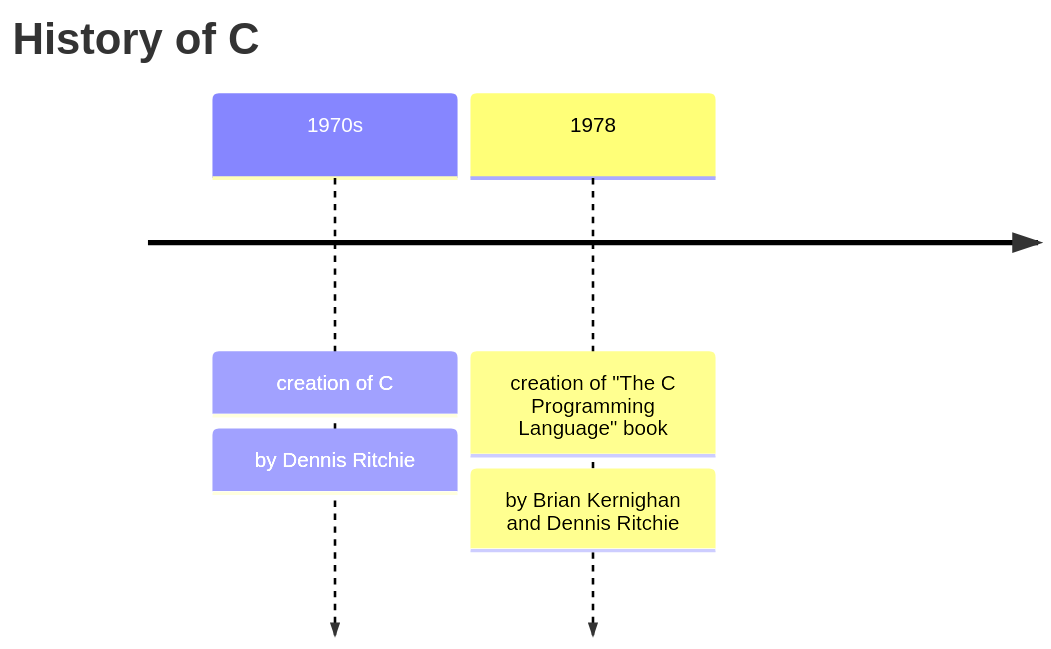
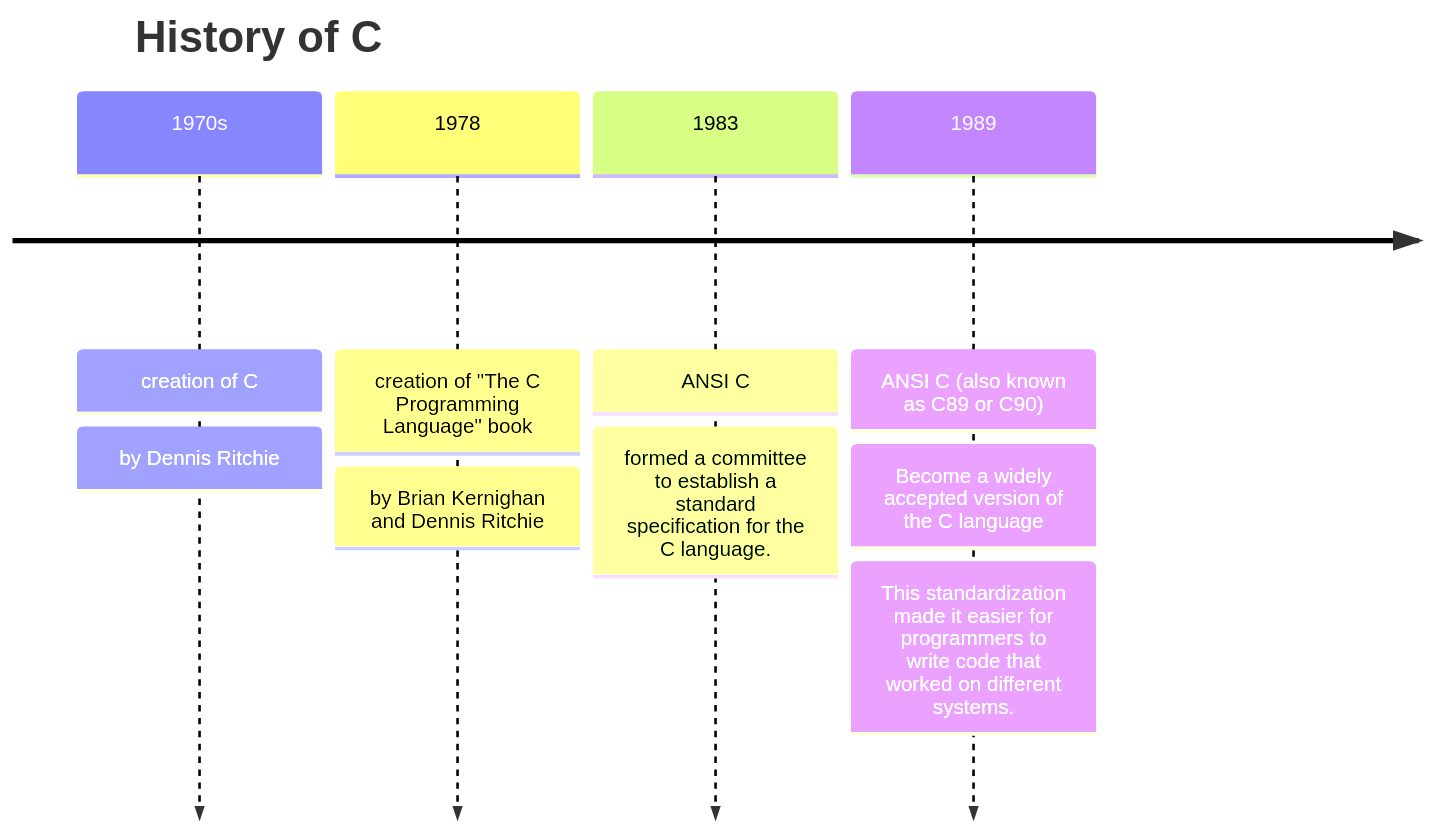
Before and after one commit to ProGamerXbox/ComputerScience: the diagram in other projects/C_learning/history_of_c.md, drawn with Mermaid. The commit also changed other lines of this file, not shown here.

````diff
--- a/other projects/C_learning/history_of_c.md
+++ b/other projects/C_learning/history_of_c.md
@@ -3,7 +3,8 @@
 ```mermaid
 timeline
     title History of C
     1970s : creation of C : by Dennis Ritchie
     1978 : creation of "The C Programming Language" book : by Brian Kernighan and Dennis Ritchie
-
+    1983 : ANSI C : formed a committee to establish a standard specification for the C language.
+    1989 : ANSI C (also known as C89 or C90) : Become a widely accepted version of the C language : This standardization made it easier for programmers to write code that worked on different systems.
 ```
````
